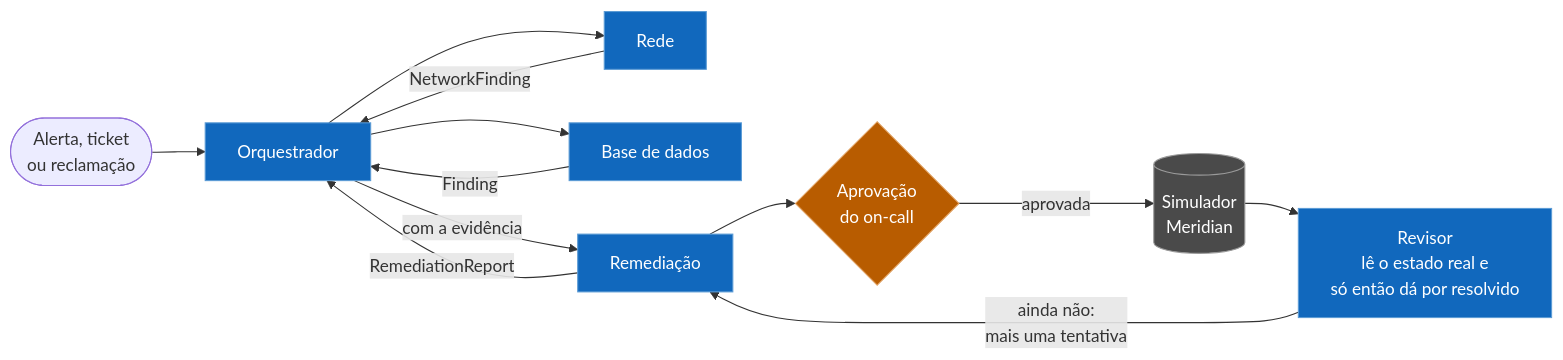
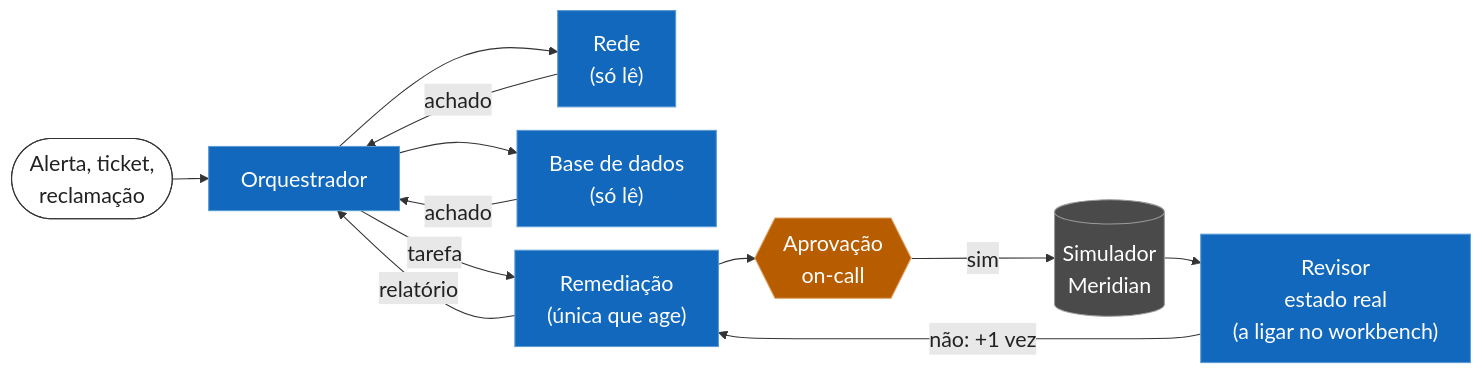
The diagram in projects/course-02-agentic-ai/presentation/diagrams/flow.mmd (joaoptpsa/gen-ai-course), drawn with Mermaid before and after one commit. The commit also changed 6 other files, not shown here.

Commit message:
docs: fix claims, timing and diagram readability in course 2 proposal

```diff
--- a/projects/course-02-agentic-ai/presentation/diagrams/flow.mmd
+++ b/projects/course-02-agentic-ai/presentation/diagrams/flow.mmd
@@ -1,35 +1,45 @@
 ---
 config:
   layout: dagre
   look: classic
+  theme: base
+  themeVariables:
+    fontSize: "20px"
+    lineColor: "#333333"
+    edgeLabelBackground: "#e8e8e8"
+    primaryTextColor: "#222222"
   flowchart:
-    wrappingWidth: 320
+    wrappingWidth: 240
+    nodeSpacing: 22
+    rankSpacing: 34
 ---
 flowchart LR
-  input(["Alerta, ticket<br/>ou reclamação"])
+  input(["Alerta, ticket,<br/>reclamação"])
   orchestrator["Orquestrador"]
-  network["Rede"]
-  database["Base de dados"]
-  remediation["Remediação"]
-  approval{"Aprovação<br/>do on-call"}
+  network["Rede<br/>(só lê)"]
+  database["Base de dados<br/>(só lê)"]
+  remediation["Remediação<br/>(única que age)"]
+  approval{{"Aprovação<br/>on-call"}}
   simulator[("Simulador<br/>Meridian")]
-  reviewer["Revisor<br/>lê o estado real e<br/>só então dá por resolvido"]
+  reviewer["Revisor<br/>estado real<br/>(a ligar no workbench)"]
 
   input --> orchestrator
   orchestrator --> network
   orchestrator --> database
-  network -->|"NetworkFinding"| orchestrator
-  database -->|"Finding"| orchestrator
-  orchestrator -->|"com a evidência"| remediation
+  network -->|"achado"| orchestrator
+  database -->|"achado"| orchestrator
+  orchestrator -->|"tarefa"| remediation
   remediation --> approval
-  approval -->|"aprovada"| simulator
-  remediation -->|"RemediationReport"| orchestrator
+  approval -->|"sim"| simulator
+  remediation -->|"relatório"| orchestrator
   simulator --> reviewer
-  reviewer -->|"ainda não:<br/>mais uma tentativa"| remediation
+  reviewer -->|"não: +1 vez"| remediation
 
+  classDef inputNode fill:#ffffff,stroke:#333333,color:#222222
   classDef agent fill:#1168bd,stroke:#5b9bd5,color:#ffffff
   classDef gate fill:#b85c00,stroke:#e0a060,color:#ffffff
   classDef store fill:#4a4a4a,stroke:#9a9a9a,color:#ffffff
+  class input inputNode
   class orchestrator,network,database,remediation,reviewer agent
   class approval gate
   class simulator store
```
